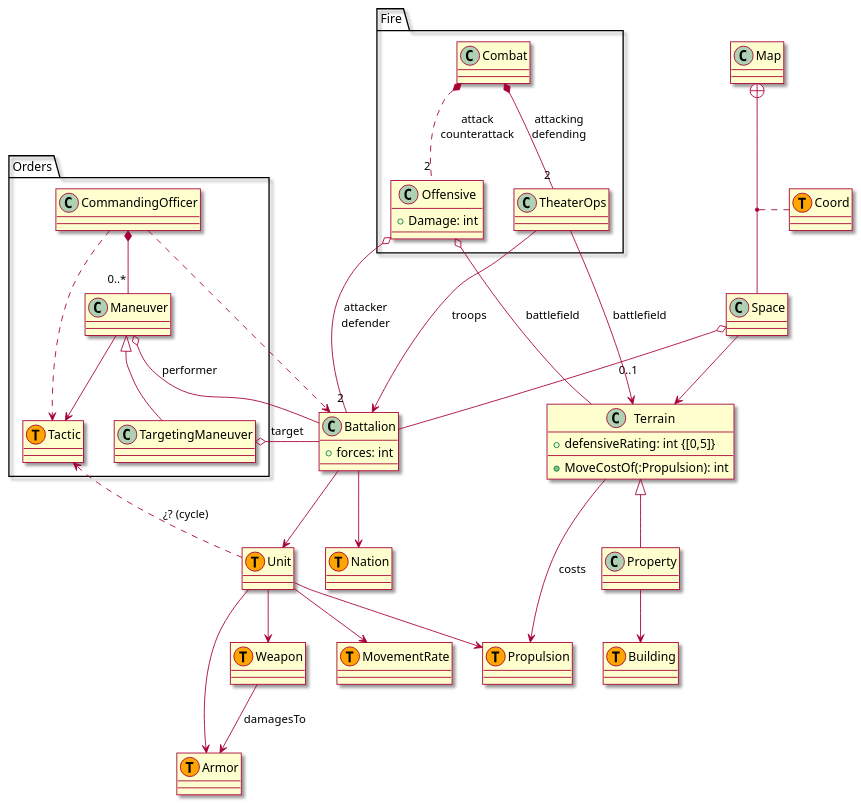
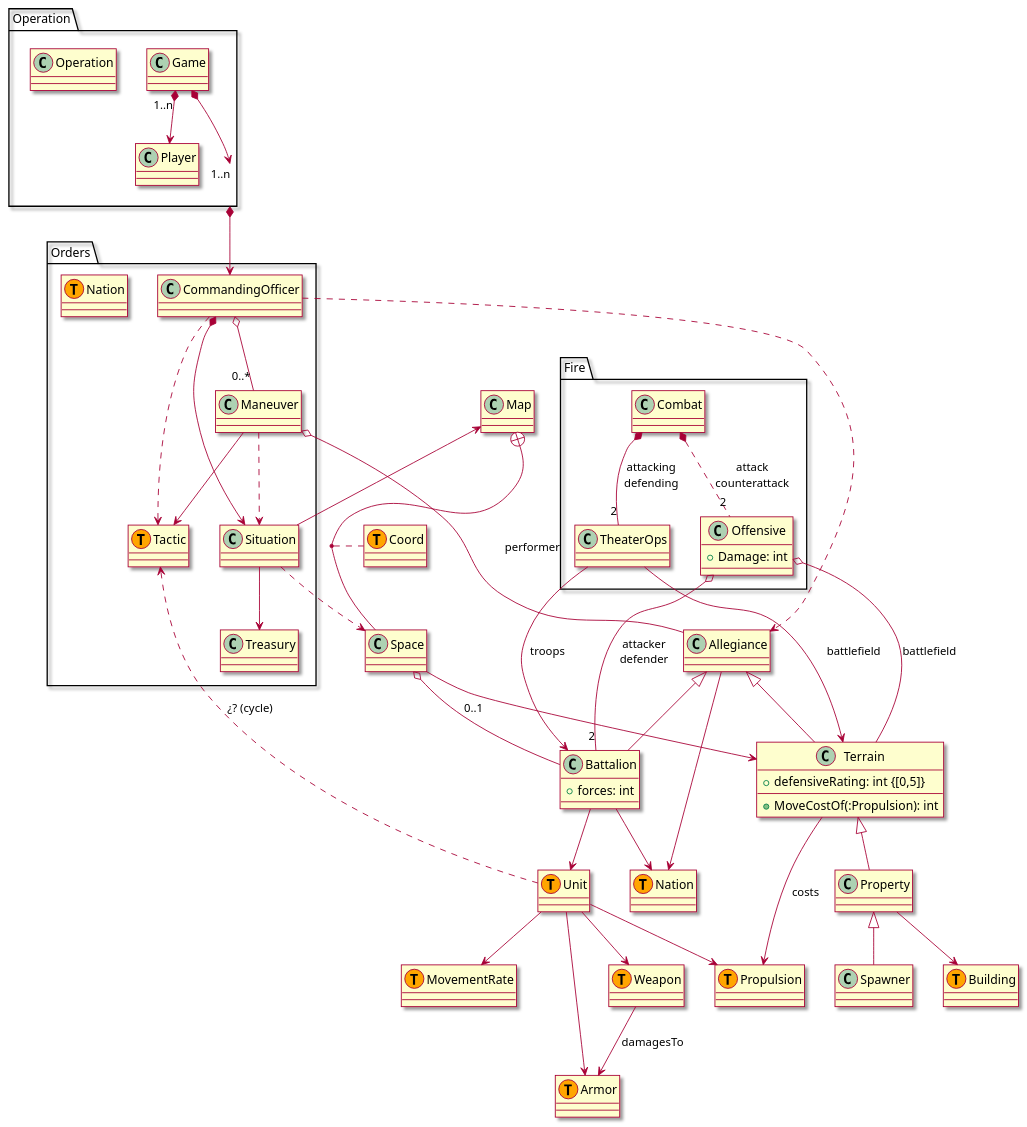
Before and after one commit to RicardoGuzmanVelasco/AdvanceWars: the diagram in Assets/AdvanceWars/Documentation~/Diagrams/Classes.puml, drawn with PlantUML. The commit also changed 15 other files, not shown here.

```diff
--- a/Assets/AdvanceWars/Documentation~/Diagrams/Classes.puml
+++ b/Assets/AdvanceWars/Documentation~/Diagrams/Classes.puml
@@ -1,72 +1,96 @@
 @startuml
 skin rose
 
 class Propulsion <<(T, Orange)>>
 class Terrain{
     +defensiveRating: int {[0,5]}
     +MoveCostOf(:Propulsion): int
 }
 class Building <<(T, Orange)>>
 class Battalion{
     +forces: int
 }
 class Unit <<(T, Orange)>>
 class MovementRate <<(T, Orange)>>
 class Nation <<(T, Orange)>>
 class Map
 class Space
 class Coord <<(T, orange)>>
 class Armor <<(T, Orange)>>
 class Weapon <<(T, Orange)>>
+class Allegiance
+class Spawner
 
+
+package Operation
+{
+class Game
+class Operation
+class Player
+}
 package Orders{
+class Nation <<(T, Orange)>>
 class Tactic <<(T, Orange)>>
 class Maneuver
-class TargetingManeuver
 class CommandingOfficer
+class Situation
+class Treasury
 }
 
 package Fire{
 class Combat
 class Offensive{
 +Damage: int
 }
 class TheaterOps
 }
 
 Unit --> Propulsion
 Unit --> MovementRate
 Unit --> Armor
 Map +-- Space
 (Map, Space) .. Coord
 Space --> Terrain
 Terrain --> Propulsion : costs
+Terrain -up-|> Allegiance
 Battalion --> Nation
+Battalion -up-|> Allegiance 
+Allegiance --> Nation
 Space o-- Battalion : 0..1
 Battalion --> Unit
 Property -u-|> Terrain
 Property --> Building
 Unit --> Weapon
 Weapon --> Armor : damagesTo
+Spawner -up-|> Property
 
 Offensive o--- "2" Battalion : attacker\ndefender
 Offensive o--- Terrain : battlefield
 
-CommandingOfficer *-- "0..*" Maneuver
+CommandingOfficer o-- "0..*" Maneuver
+CommandingOfficer *-> Situation
+CommandingOfficer ..> Allegiance
+CommandingOfficer ..> Tactic
 
-CommandingOfficer ..> Battalion
-CommandingOfficer ..> Tactic
-TargetingManeuver -u-|> Maneuver
-TargetingManeuver o-- Battalion : target
-Maneuver o-- Battalion : performer
+Situation --> Map
+Situation --> Treasury
+Situation ..> Space
+
+Maneuver o-- Allegiance : performer
 Maneuver --> Tactic
+Maneuver ..> Situation
 
 Unit ..> Tactic : ¿? (cycle)
 
 Combat *.. "2" Offensive : attack\ncounterattack
 Combat *-- "2" TheaterOps : attacking\ndefending
 
 TheaterOps --> Terrain : battlefield
 TheaterOps --> Battalion : troops
 
+Game *--> Operation
+Game "1..n" *--> Player
+Operation "1..n" *--> CommandingOfficer
+
+
 @enduml
```
